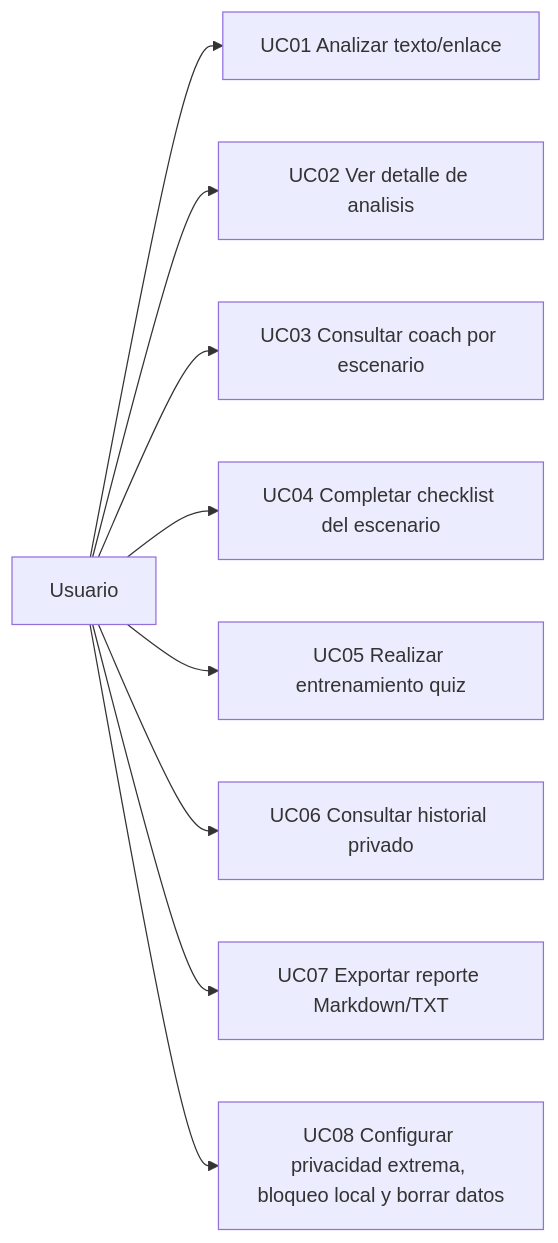
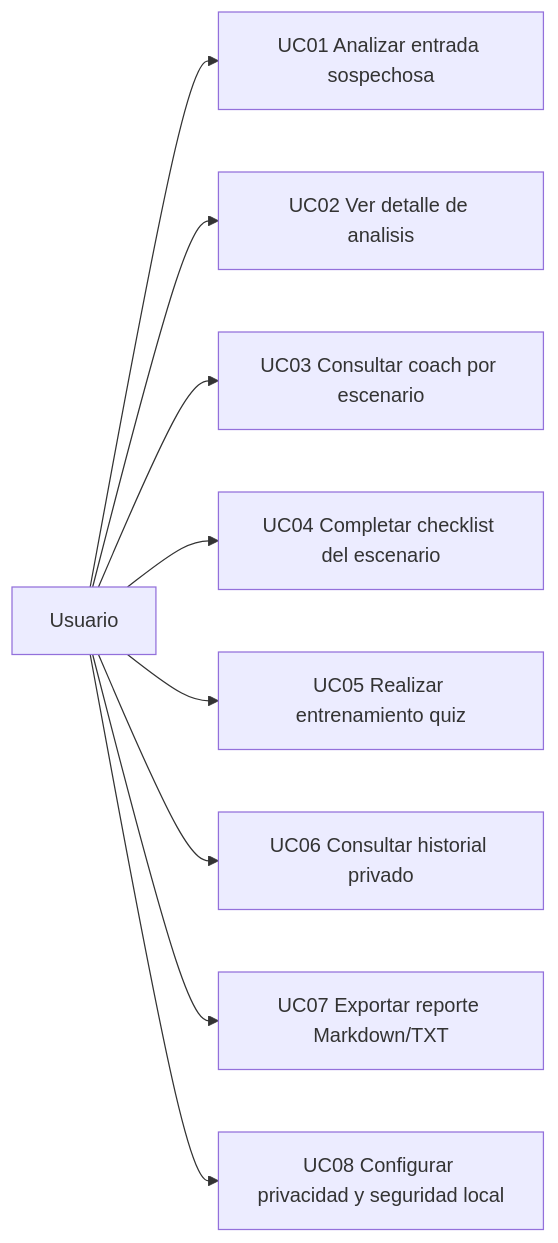
The diagram in docs/Casos_de_Uso.md (estefaniajm94/Proyecto-final), drawn with Mermaid before and after one commit. The commit also changed other lines of this file and 35 other files, not shown here.

````diff
--- a/docs/Casos_de_Uso.md
+++ b/docs/Casos_de_Uso.md
@@ -4,11 +4,11 @@
 ```mermaid
 flowchart LR
-    U[Usuario] --> UC01[UC01 Analizar texto/enlace]
+    U[Usuario] --> UC01[UC01 Analizar entrada sospechosa]
     U --> UC02[UC02 Ver detalle de analisis]
     U --> UC03[UC03 Consultar coach por escenario]
     U --> UC04[UC04 Completar checklist del escenario]
     U --> UC05[UC05 Realizar entrenamiento quiz]
     U --> UC06[UC06 Consultar historial privado]
     U --> UC07[UC07 Exportar reporte Markdown/TXT]
-    U --> UC08[UC08 Configurar privacidad extrema, bloqueo local y borrar datos]
+    U --> UC08[UC08 Configurar privacidad y seguridad local]
 ```
````
